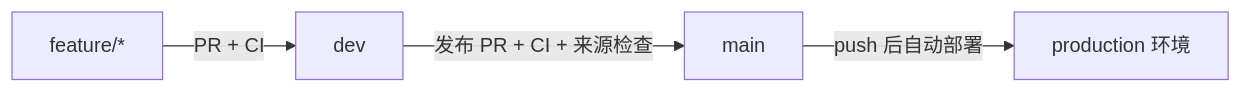
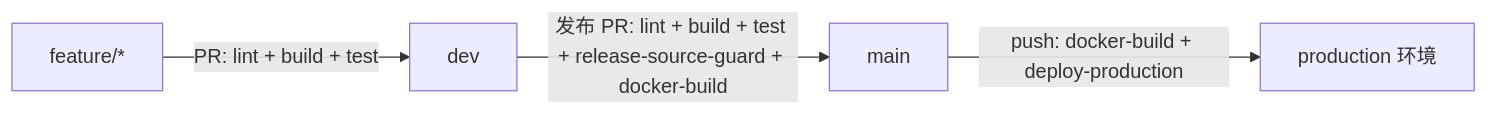
Before and after one commit to xumingw/devops_ibooking: the diagram in docs/deployment/github-actions.md, drawn with Mermaid. The commit also changed other lines of this file and 5 other files, not shown here.

Commit message:
ci(US8.4.4): split quality gates and add docker deploy

````diff
--- a/docs/deployment/github-actions.md
+++ b/docs/deployment/github-actions.md
@@ -5,6 +5,6 @@
 ```mermaid
 flowchart LR
-  feature["feature/*"] -->|"PR + CI"| dev
-  dev -->|"发布 PR + CI + 来源检查"| main
-  main -->|"push 后自动部署"| production["production 环境"]
+  feature["feature/*"] -->|"PR: lint + build + test"| dev
+  dev -->|"发布 PR: lint + build + test + release-source-guard + docker-build"| main
+  main -->|"push: docker-build + deploy-production"| production["production 环境"]
 ```
````
